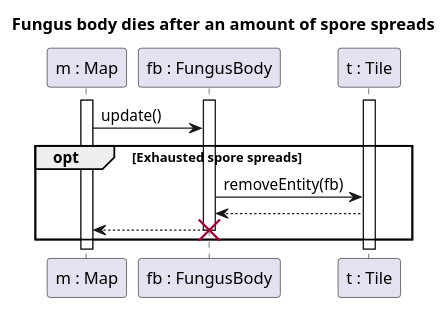
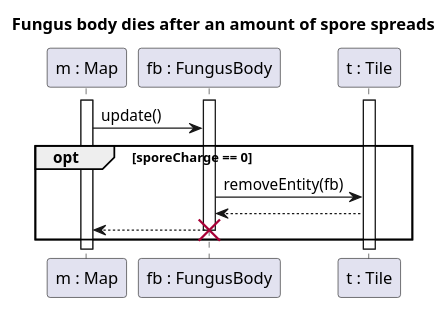
Before and after one commit to Harcipan/Projlab_nullpointerexception: the diagram in diagrams/diagramFiles/SQ_FungusBodyDies.puml, drawn with PlantUML. The commit also changed 10 other files, not shown here.

```diff
--- a/diagrams/diagramFiles/SQ_FungusBodyDies.puml
+++ b/diagrams/diagramFiles/SQ_FungusBodyDies.puml
@@ -1,24 +1,24 @@
 @startuml Fungus mushroom
 
 title Fungus body dies after an amount of spore spreads
 
 participant "m : Map" as M
 participant "fb : FungusBody" as Fb
 participant "t : Tile" as T
 
 activate T
 activate M
 activate Fb
 
 M->Fb : update()
-opt Exhausted spore spreads
+opt sporeCharge == 0
 
 Fb -> T : removeEntity(fb)
 T-->Fb
 Fb --> M
 destroy Fb
 
 end
 
 
 @enduml
```
